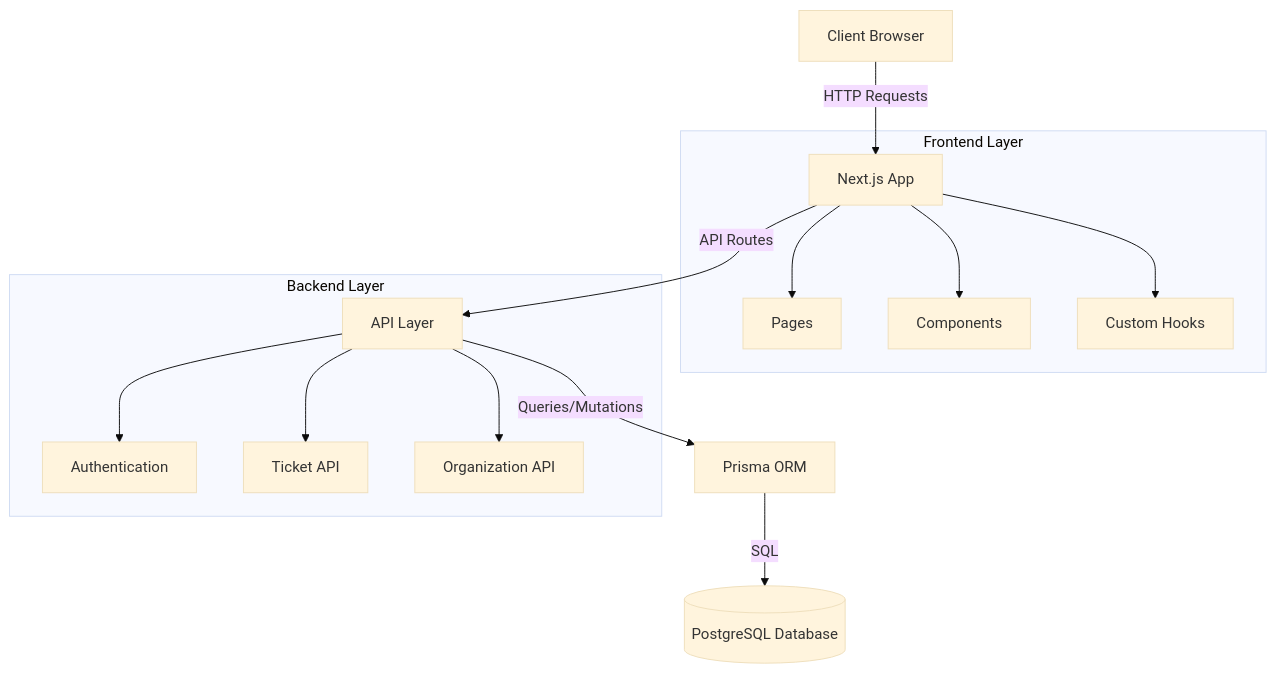
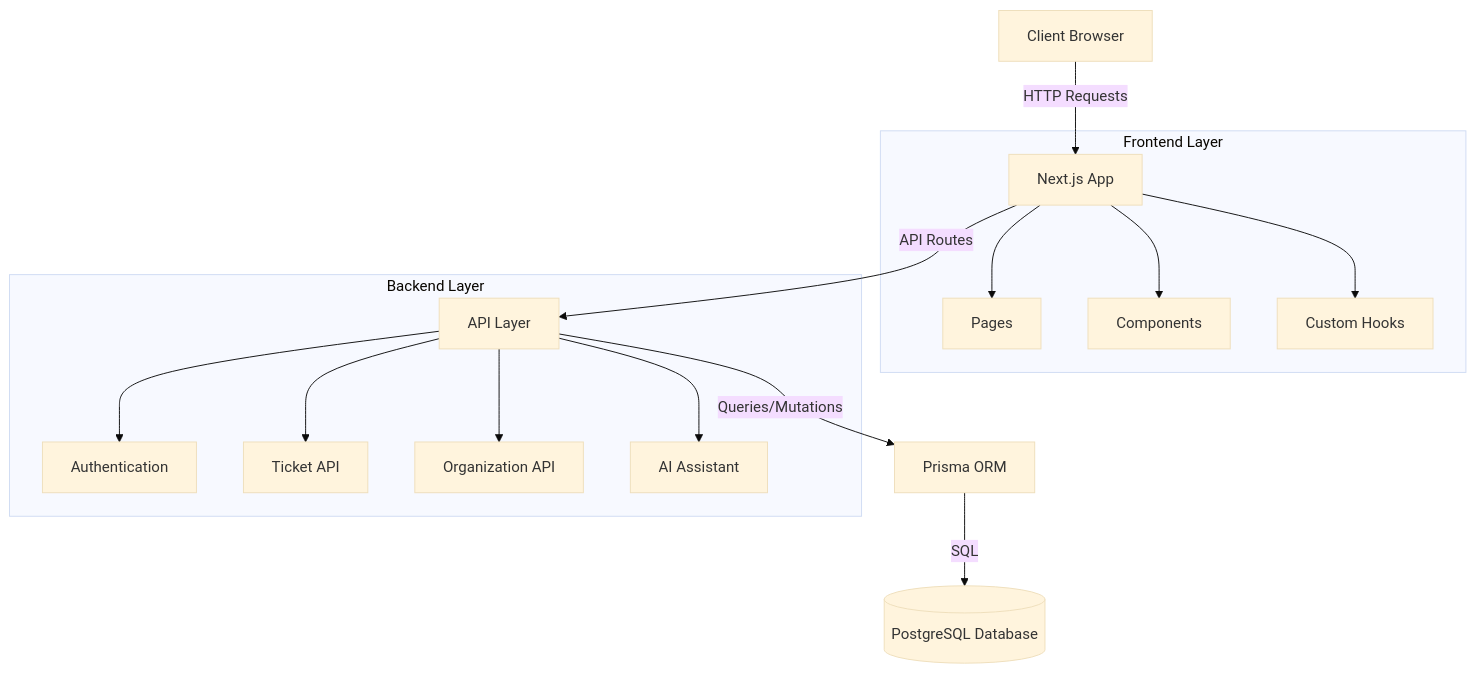
Before and after one commit to Best-Company-A-S/masterticket: the first of 3 diagrams in README.md, drawn with Mermaid (base theme). The commit also changed other lines of this file and 9 other files, not shown here.

````diff
--- a/README.md
+++ b/README.md
@@ -33,19 +35,20 @@
 ```mermaid
 graph TD
     Client[Client Browser] -->|HTTP Requests| NextJS[Next.js App]
     NextJS -->|API Routes| API[API Layer]
     API -->|Queries/Mutations| Prisma[Prisma ORM]
     Prisma -->|SQL| Database[(PostgreSQL Database)]
 
     subgraph "Frontend Layer"
         NextJS --> Pages[Pages]
         NextJS --> Components[Components]
         NextJS --> Hooks[Custom Hooks]
     end
 
     subgraph "Backend Layer"
         API --> Auth[Authentication]
         API --> TicketAPI[Ticket API]
         API --> OrganizationAPI[Organization API]
+        API --> AIAssistant[AI Assistant]
     end
 ```
````
